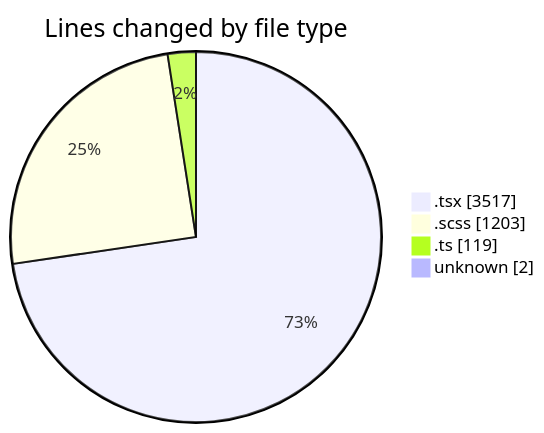
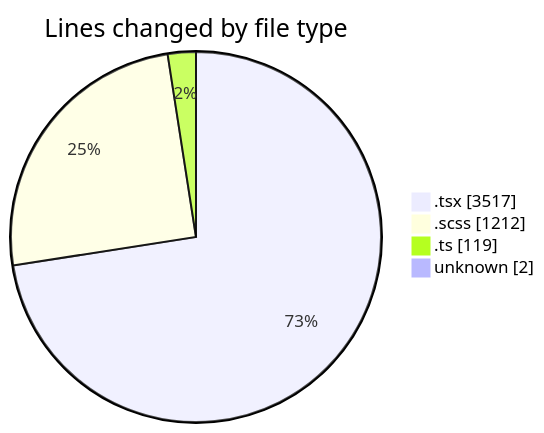
The first of 2 diagrams in 2025-06-13/cda/README.md (momahboobian/code-tracking), drawn with Mermaid before and after one commit. The commit also changed other lines of this file and 1 other file, not shown here.

````diff
--- a/2025-06-13/cda/README.md
+++ b/2025-06-13/cda/README.md
@@ -39,8 +39,8 @@
 ```mermaid
 pie showData
 title Lines changed by file type
 ".tsx" : 3517
-".scss" : 1203
+".scss" : 1212
 ".ts" : 119
 "unknown" : 2
 ```
````
